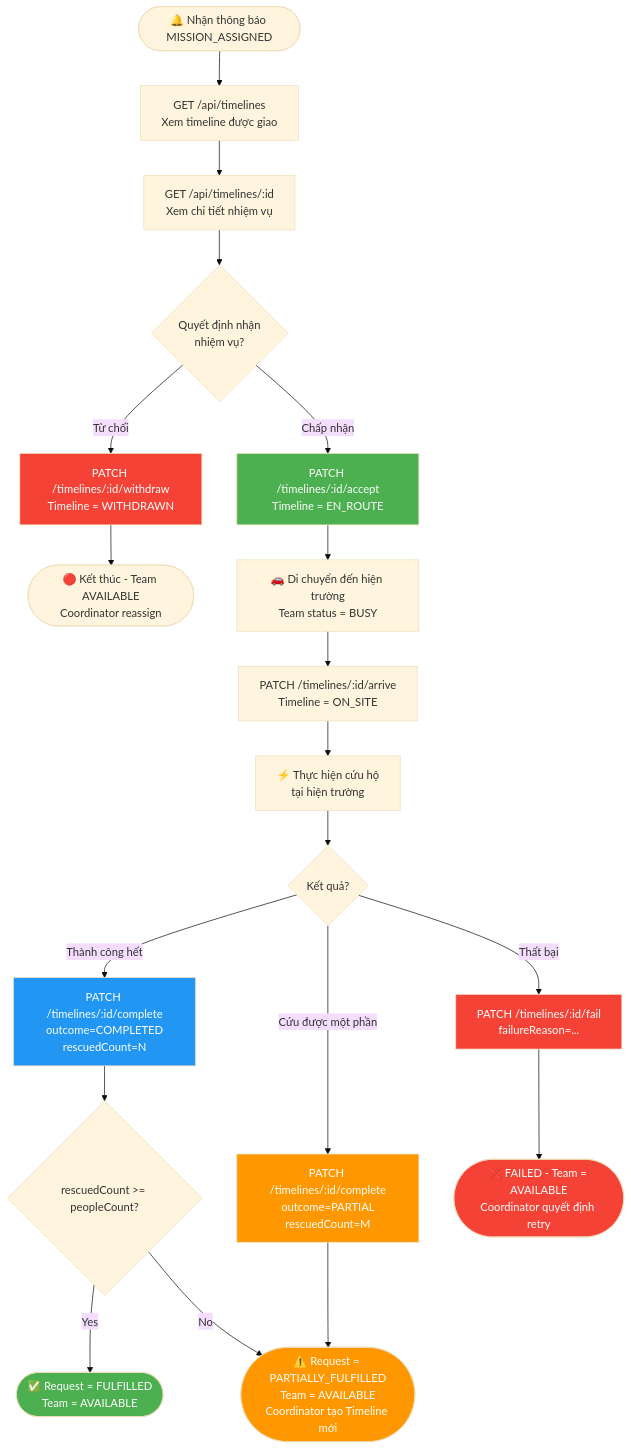
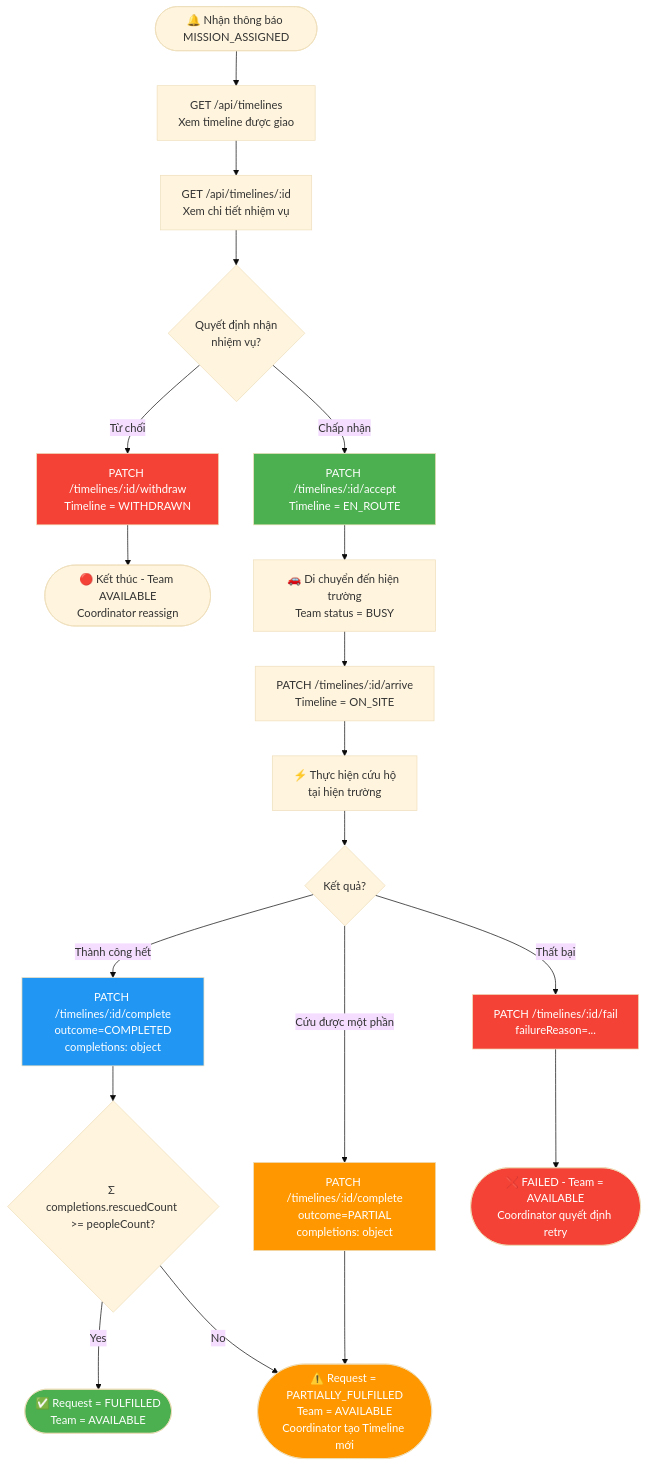
The second of 10 diagrams in docs/flows/Team_flows.md (phuonganh1609/flood_rescue), drawn with Mermaid (base theme) before and after one commit. The commit also changed other lines of this file and 11 other files, not shown here.

Commit message:
feat: sửa gì ko nhớ nữa, gì đó về timeline và mission

````diff
--- a/docs/flows/Team_flows.md
+++ b/docs/flows/Team_flows.md
@@ -41,39 +43,39 @@
 ```mermaid
 flowchart TD
     START([🔔 Nhận thông báo MISSION_ASSIGNED]) --> VIEW[GET /api/timelines<br/>Xem timeline được giao]
     VIEW --> DETAIL[GET /api/timelines/:id<br/>Xem chi tiết nhiệm vụ]
     DETAIL --> DECIDE{Quyết định nhận<br/>nhiệm vụ?}
 
     DECIDE -- Từ chối --> WITHDRAW[PATCH /timelines/:id/withdraw<br/>Timeline = WITHDRAWN]
     WITHDRAW --> WITHDRAW_END([🔴 Kết thúc - Team AVAILABLE<br/>Coordinator reassign])
 
     DECIDE -- Chấp nhận --> ACCEPT[PATCH /timelines/:id/accept<br/>Timeline = EN_ROUTE]
     ACCEPT --> TRAVEL[🚗 Di chuyển đến hiện trường<br/>Team status = BUSY]
 
     TRAVEL --> ARRIVE[PATCH /timelines/:id/arrive<br/>Timeline = ON_SITE]
 
     ARRIVE --> EXECUTE[⚡ Thực hiện cứu hộ<br/>tại hiện trường]
 
     EXECUTE --> OUTCOME{Kết quả?}
 
-    OUTCOME -- Thành công hết --> COMPLETE[PATCH /timelines/:id/complete<br/>outcome=COMPLETED<br/>rescuedCount=N]
-    OUTCOME -- Cứu được một phần --> PARTIAL_COMP[PATCH /timelines/:id/complete<br/>outcome=PARTIAL<br/>rescuedCount=M]
+    OUTCOME -- Thành công hết --> COMPLETE[PATCH /timelines/:id/complete<br/>outcome=COMPLETED<br/>completions: object]
+    OUTCOME -- Cứu được một phần --> PARTIAL_COMP[PATCH /timelines/:id/complete<br/>outcome=PARTIAL<br/>completions: object]
     OUTCOME -- Thất bại --> FAIL_ACT[PATCH /timelines/:id/fail<br/>failureReason=...]
 
-    COMPLETE --> CHECK{rescuedCount >= peopleCount?}
+    COMPLETE --> CHECK{Σ completions.rescuedCount >= peopleCount?}
     CHECK -- Yes --> FULFILLED([✅ Request = FULFILLED<br/>Team = AVAILABLE])
     CHECK -- No --> PARTIAL_REQ([⚠️ Request = PARTIALLY_FULFILLED<br/>Team = AVAILABLE<br/>Coordinator tạo Timeline mới])
 
     PARTIAL_COMP --> PARTIAL_REQ
 
     FAIL_ACT --> FAIL_END([❌ FAILED - Team = AVAILABLE<br/>Coordinator quyết định retry])
 
     style ACCEPT fill:#4CAF50,color:white
     style WITHDRAW fill:#f44336,color:white
     style COMPLETE fill:#2196F3,color:white
     style PARTIAL_COMP fill:#FF9800,color:white
     style FAIL_ACT fill:#f44336,color:white
     style FULFILLED fill:#4CAF50,color:white
     style PARTIAL_REQ fill:#FF9800,color:white
     style FAIL_END fill:#f44336,color:white
 ```
````
